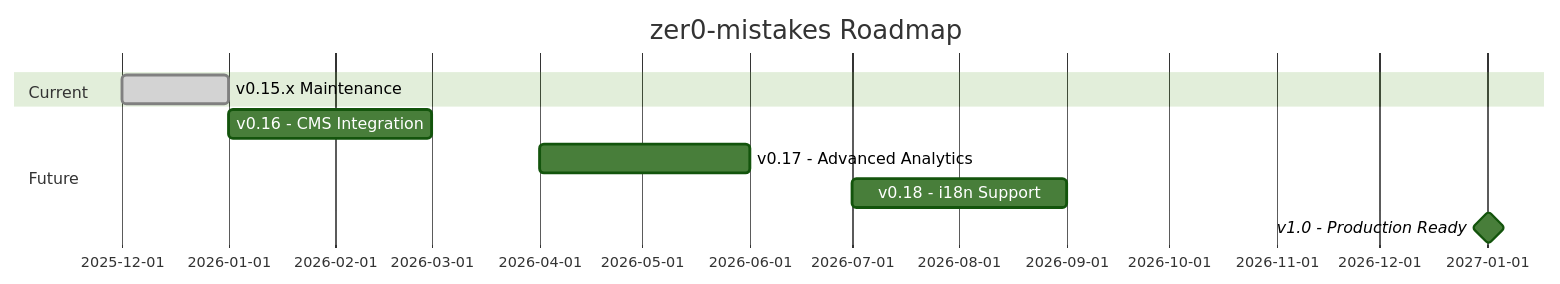
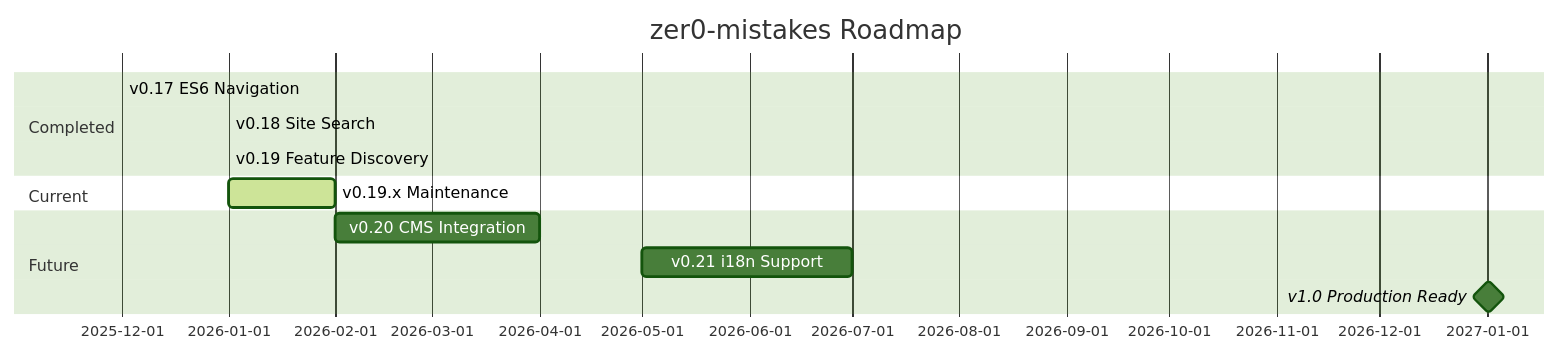
Diagram 12 of 13 in packages/zer0-mistakes/README.md (bamr87/zer0-CMS), drawn with Mermaid (forest theme) before and after one commit. The commit also changed other lines of this file, not shown here.

````diff
--- a/packages/zer0-mistakes/README.md
+++ b/packages/zer0-mistakes/README.md
@@ -626,12 +648,15 @@
 ```mermaid
 gantt
     title zer0-mistakes Roadmap
     dateFormat YYYY-MM
+    section Completed
+    v0.17 ES6 Navigation      :done, 2025-12, 2025-12
+    v0.18 Site Search         :done, 2026-01, 2026-01
+    v0.19 Feature Discovery   :done, 2026-01, 2026-01
     section Current
-    v0.15.x Maintenance       :done, 2025-12, 2026-01
+    v0.19.x Maintenance       :active, 2026-01, 2026-02
     section Future
-    v0.16 - CMS Integration   :2026-01, 2026-03
-    v0.17 - Advanced Analytics:2026-04, 2026-06
-    v0.18 - i18n Support      :2026-07, 2026-09
-    v1.0 - Production Ready   :milestone, 2027-01, 1d
+    v0.20 CMS Integration     :2026-02, 2026-04
+    v0.21 i18n Support        :2026-05, 2026-07
+    v1.0 Production Ready     :milestone, 2027-01, 1d
 ```
````
